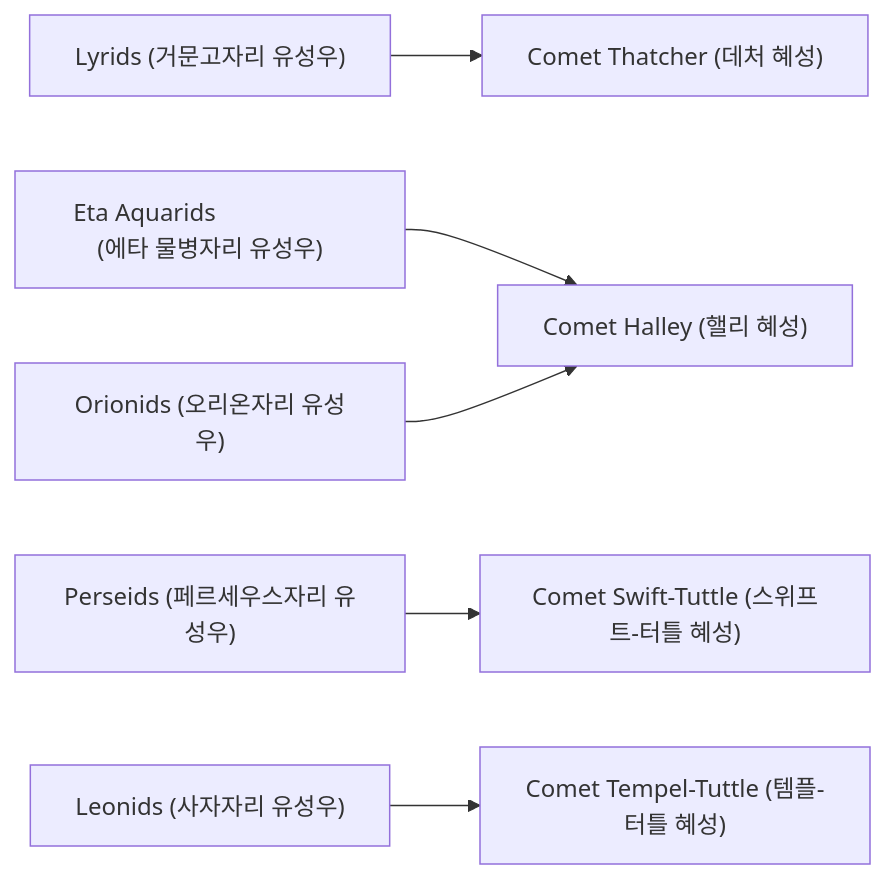
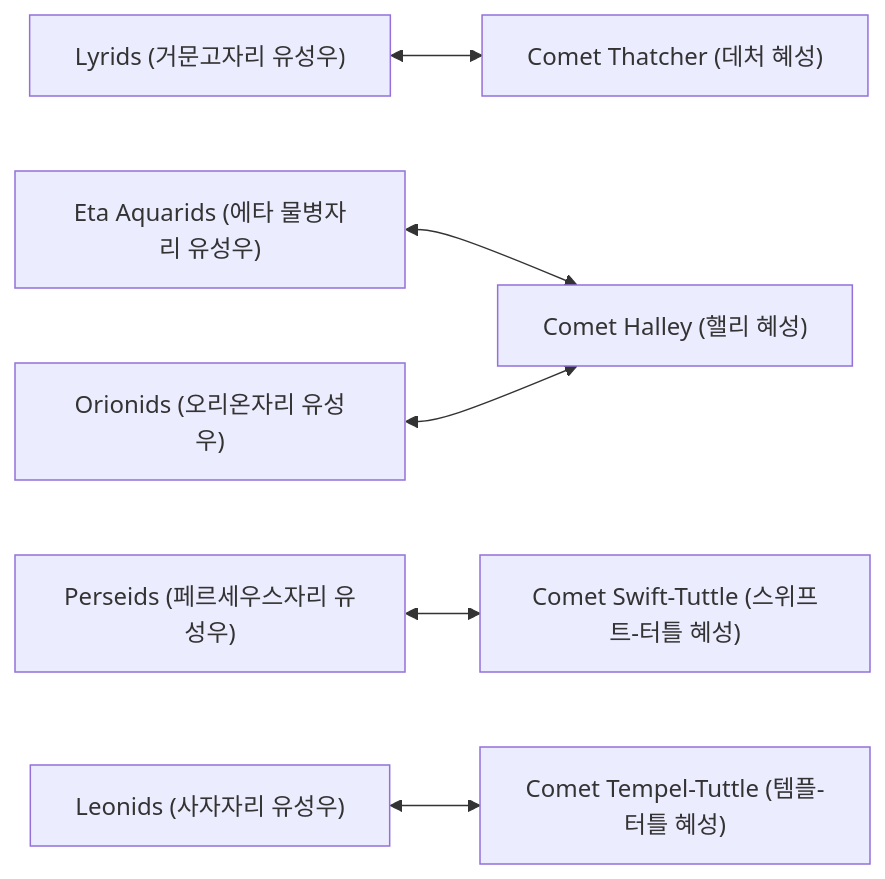
Before and after one commit to hanx0419/6th-MS-AI-School: the second of 2 diagrams in 2024-12-19 ~ 2024-12-31/README.md, drawn with Mermaid. The commit also changed other lines of this file, not shown here.

````diff
--- a/2024-12-19 ~ 2024-12-31/README.md
+++ b/2024-12-19 ~ 2024-12-31/README.md
@@ -172,8 +167,8 @@
 ```mermaid
 graph LR
-    A["Lyrids (거문고자리 유성우)"] --> B["Comet Thatcher (데처 혜성)"]
-    C["Eta Aquarids                     (에타 물병자리 유성우)"] --> D["Comet Halley (핼리 혜성)"]
-    E["Orionids (오리온자리 유성우)"] --> D
-    F["Perseids (페르세우스자리 유성우)"] --> G["Comet Swift-Tuttle (스위프트-터틀 혜성)"]
-    H["Leonids (사자자리 유성우)"] --> I["Comet Tempel-Tuttle (템플-터틀 혜성)"]
-```
+    A["Lyrids (거문고자리 유성우)"] <--> B["Comet Thatcher (데처 혜성)"]
+    C["Eta Aquarids (에타 물병자리 유성우)"] <--> D["Comet Halley (핼리 혜성)"]
+    E["Orionids (오리온자리 유성우)"] <--> D
+    F["Perseids (페르세우스자리 유성우)"] <--> G["Comet Swift-Tuttle (스위프트-터틀 혜성)"]
+    H["Leonids (사자자리 유성우)"] <--> I["Comet Tempel-Tuttle (템플-터틀 혜성)"]
+```  
````
